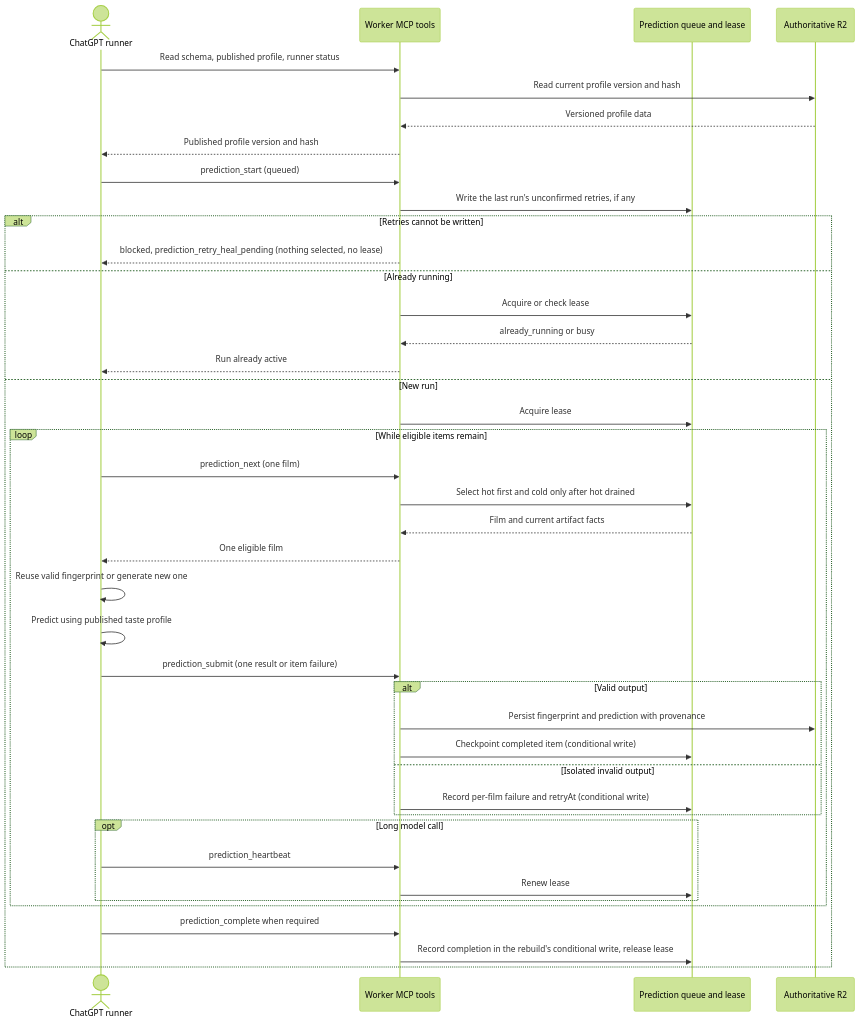
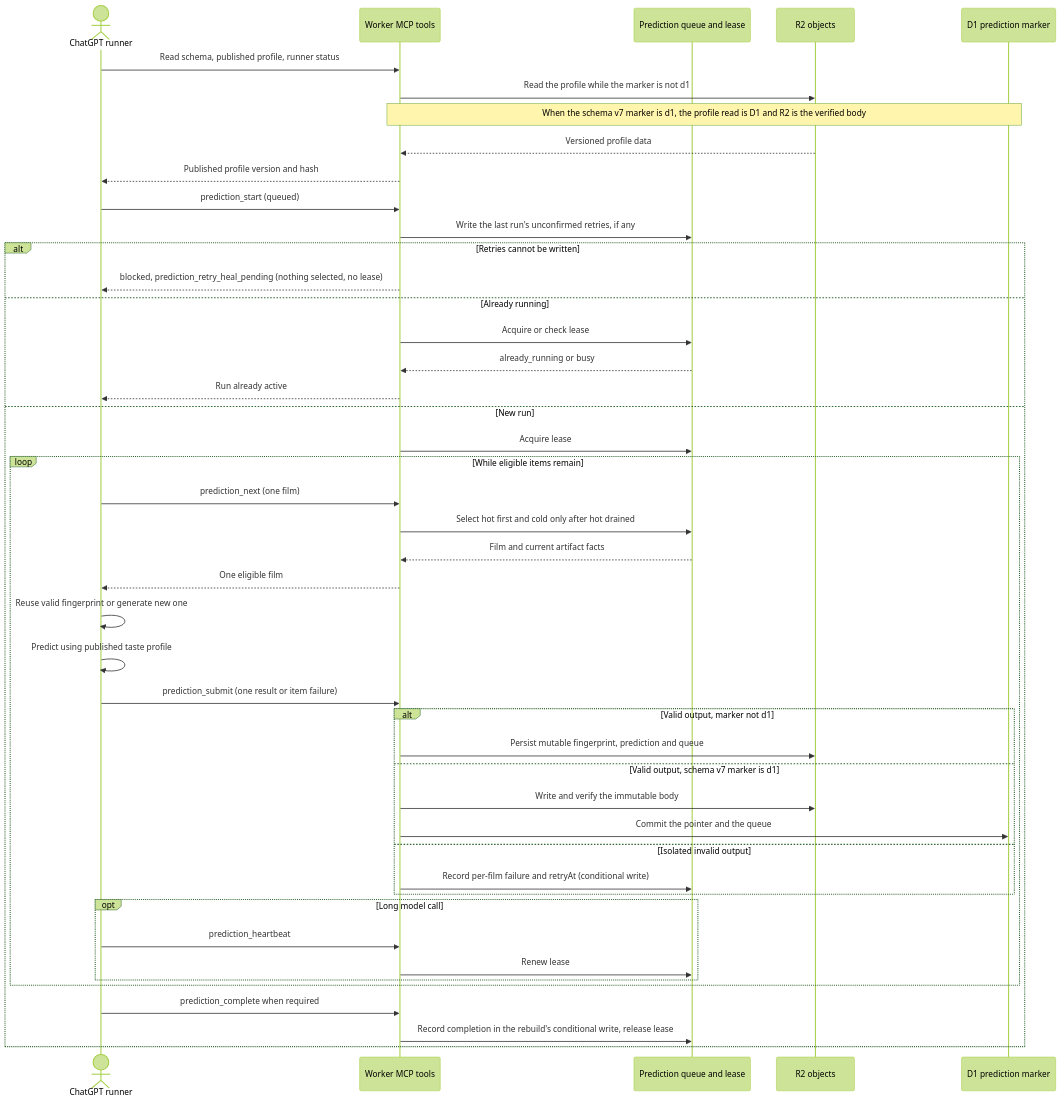
Before and after one commit to vladimino/iptv-watchlist: the first of 2 diagrams in docs/architecture/prediction-pipeline.md, drawn with Mermaid (forest theme). The commit also changed other lines of this file and 32 other files, not shown here.

First line of the commit message:
AIR-317: Introduce D1-authoritative prediction domain with gated migration

````diff
--- a/docs/architecture/prediction-pipeline.md
+++ b/docs/architecture/prediction-pipeline.md
@@ -5,43 +5,47 @@
 ```mermaid
 sequenceDiagram
     actor Client as ChatGPT runner
     participant MCP as Worker MCP tools
     participant Queue as Prediction queue and lease
-    participant R2 as Authoritative R2
+    participant R2 as R2 objects
+    participant D1 as D1 prediction marker
     Client->>MCP: Read schema, published profile, runner status
-    MCP->>R2: Read current profile version and hash
+    MCP->>R2: Read the profile while the marker is not d1
+    Note over MCP,D1: When the schema v7 marker is d1, the profile read is D1 and R2 is the verified body
     R2-->>MCP: Versioned profile data
     MCP-->>Client: Published profile version and hash
     Client->>MCP: prediction_start (queued)
     MCP->>Queue: Write the last run's unconfirmed retries, if any
     alt Retries cannot be written
         MCP-->>Client: blocked, prediction_retry_heal_pending (nothing selected, no lease)
     else Already running
         MCP->>Queue: Acquire or check lease
         Queue-->>MCP: already_running or busy
         MCP-->>Client: Run already active
     else New run
         MCP->>Queue: Acquire lease
         loop While eligible items remain
             Client->>MCP: prediction_next (one film)
             MCP->>Queue: Select hot first and cold only after hot drained
             Queue-->>MCP: Film and current artifact facts
             MCP-->>Client: One eligible film
             Client->>Client: Reuse valid fingerprint or generate new one
             Client->>Client: Predict using published taste profile
             Client->>MCP: prediction_submit (one result or item failure)
-            alt Valid output
-                MCP->>R2: Persist fingerprint and prediction with provenance
-                MCP->>Queue: Checkpoint completed item (conditional write)
+            alt Valid output, marker not d1
+                MCP->>R2: Persist mutable fingerprint, prediction and queue
+            else Valid output, schema v7 marker is d1
+                MCP->>R2: Write and verify the immutable body
+                MCP->>D1: Commit the pointer and the queue
             else Isolated invalid output
                 MCP->>Queue: Record per-film failure and retryAt (conditional write)
             end
             opt Long model call
                 Client->>MCP: prediction_heartbeat
                 MCP->>Queue: Renew lease
             end
         end
         Client->>MCP: prediction_complete when required
         MCP->>Queue: Record completion in the rebuild's conditional write, release lease
     end
 ```
````
